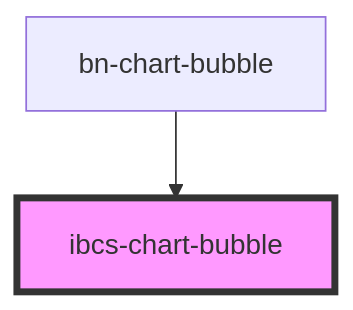
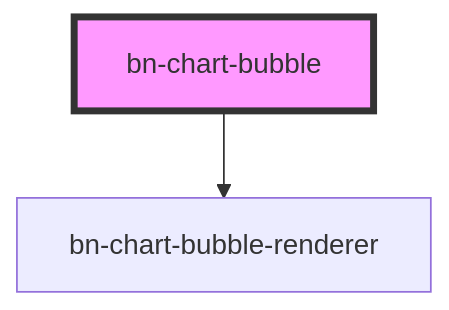
The diagram in src/components/bn-chart-bubble/readme.md (bino-bi/bn-template-engine), drawn with Mermaid before and after one commit. The commit also changed other lines of this file and 263 other files, not shown here.

````diff
--- a/src/components/bn-chart-bubble/readme.md
+++ b/src/components/bn-chart-bubble/readme.md
@@ -100,5 +124,5 @@
 ```mermaid
 graph TD;
-  bn-chart-bubble --> ibcs-chart-bubble
-  style ibcs-chart-bubble fill:#f9f,stroke:#333,stroke-width:4px
+  bn-chart-bubble --> bn-chart-bubble-renderer
+  style bn-chart-bubble fill:#f9f,stroke:#333,stroke-width:4px
 ```
````
